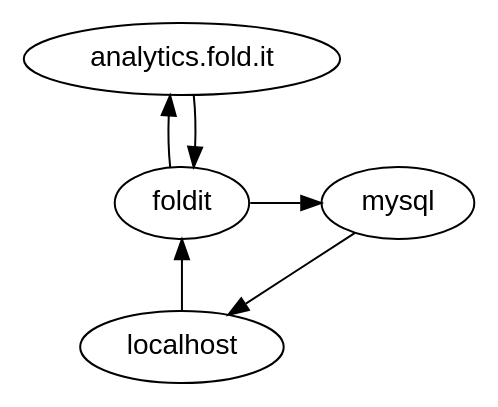
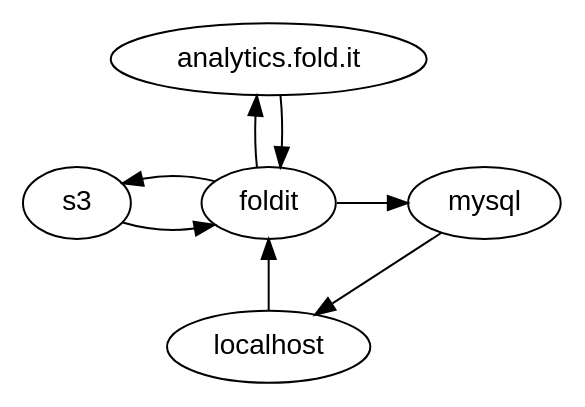
One commit to pedmiston/foldit-server changed the diagram in architecture.gv. Above: the diagram before and after it, drawn with Graphviz.

Commit message:
Add spaces into architecture diagram

```diff
--- a/architecture.gv
+++ b/architecture.gv
@@ -1,13 +1,16 @@
 digraph {
   node[fontname=Helvetica];
   rankdir = BT;
 
   localhost -> foldit -> analytics_fold_it;
   analytics_fold_it -> foldit;
-  { rank=same; foldit, mysql; }
+
+  { rank=same; s3, foldit, mysql; }
+  s3 -> foldit[dir=back minlen=2];
+  s3 -> foldit;
   foldit -> mysql[minlen=2];
   mysql -> localhost[constraint=false];
 
   foldit[label="foldit"];
   analytics_fold_it[label="analytics.fold.it"];
 }
```
